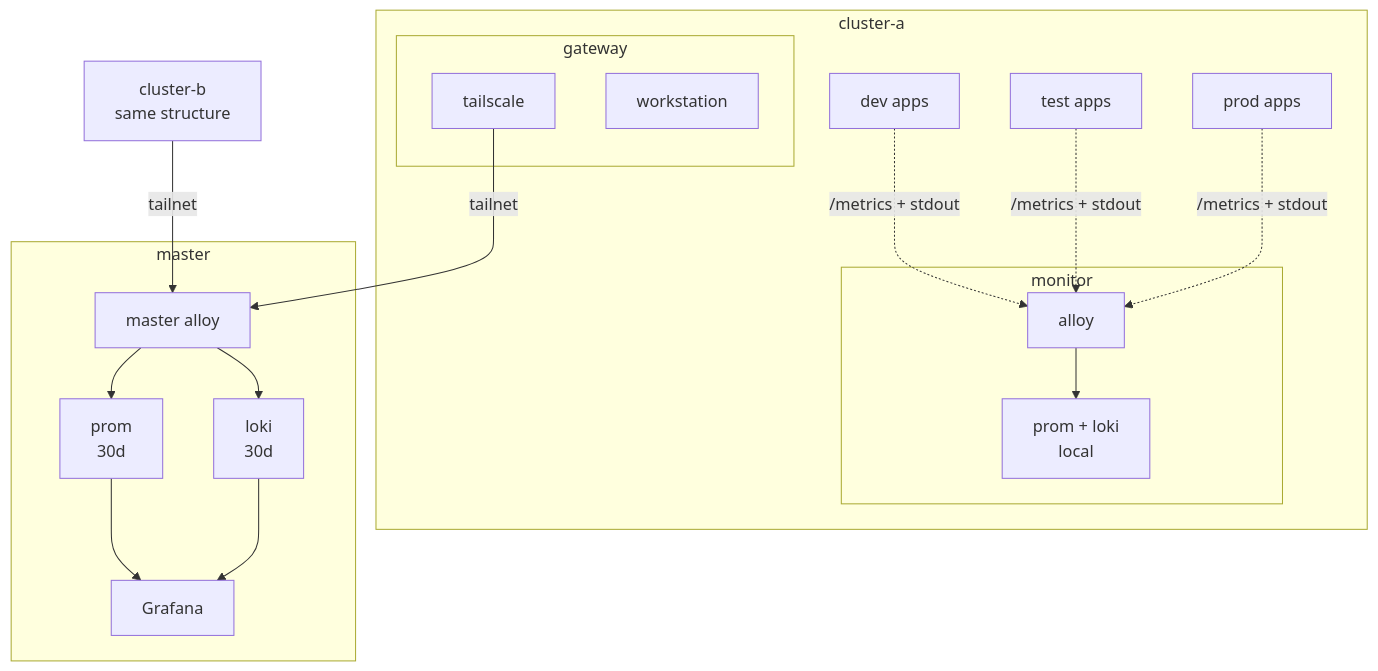
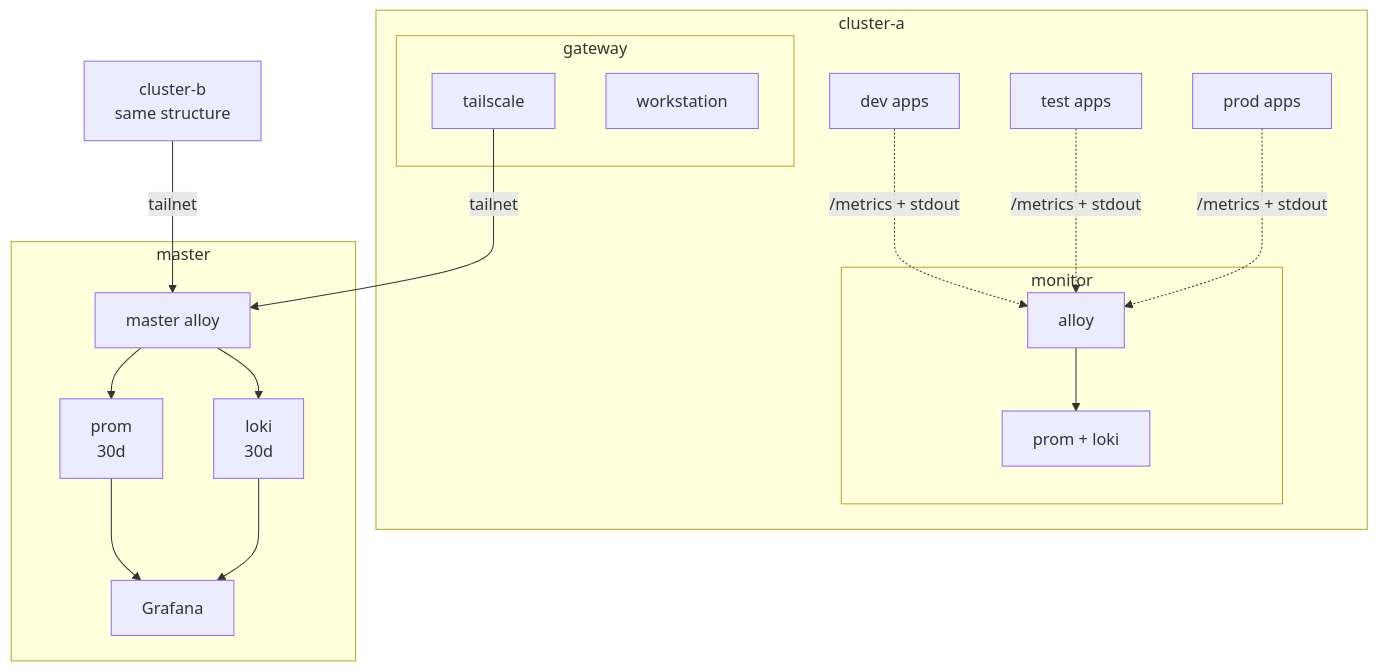
The first of 2 diagrams in docs/infra/infrastructure.md (Kord96/kordinate), drawn with Mermaid before and after one commit. The commit also changed other lines of this file, not shown here.

````diff
--- a/docs/infra/infrastructure.md
+++ b/docs/infra/infrastructure.md
@@ -58,28 +50,28 @@
     ```mermaid
     flowchart TB
         subgraph CA[cluster-a]
             A1[dev apps] & A2[test apps] & A3[prod apps]
 
             subgraph mon-a[monitor]
-                GA[alloy] --> PA[prom + loki<br/>local]
+                GA[alloy] --> PA[prom + loki]
             end
 
             subgraph gw-a[gateway]
                 GWT[tailscale]
                 WS[workstation]
             end
 
             A1 & A2 & A3 -.->|/metrics + stdout| GA
         end
 
         subgraph M[master]
             MA[master alloy] --> MP[prom<br/>30d] & ML[loki<br/>30d]
             MP & ML --> G[Grafana]
         end
 
         GWT -->|tailnet| MA
 
         CB[cluster-b<br/>same structure]
 
         CB -->|tailnet| MA
     ```
````
